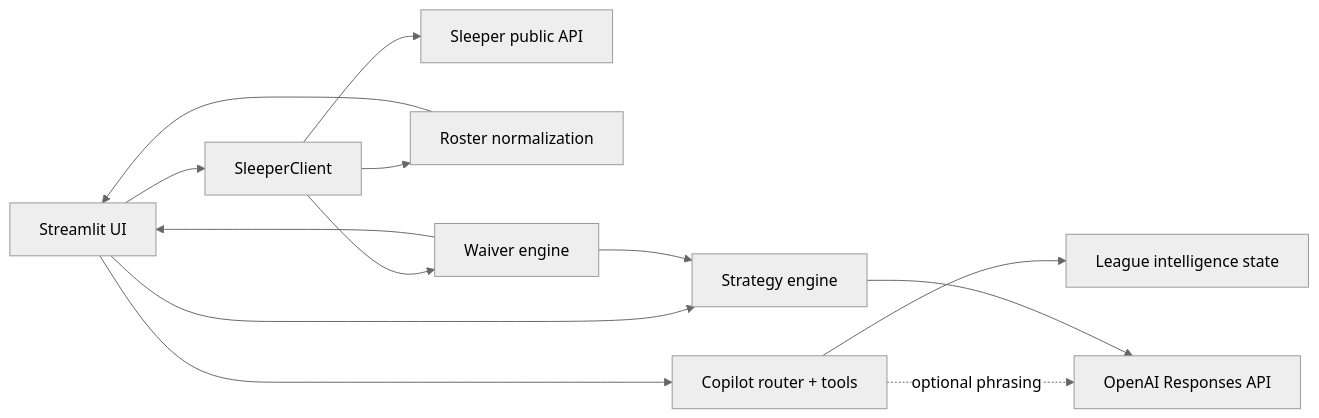
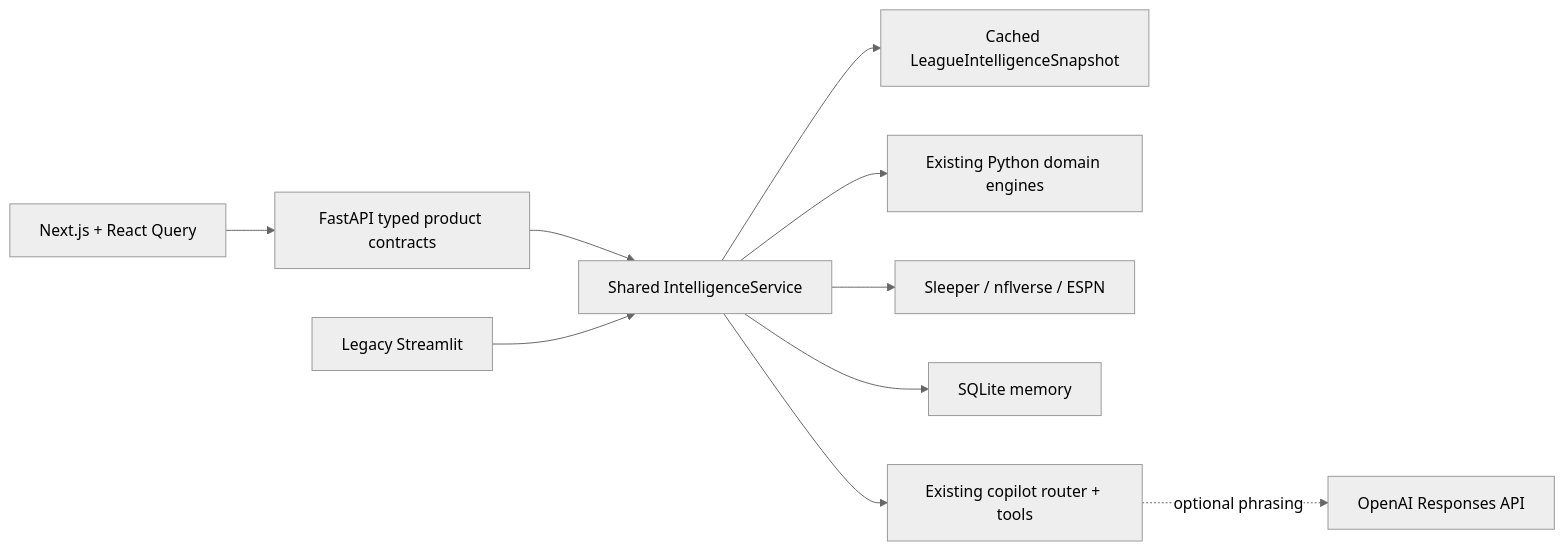
One commit to dylanlaewe/FanEdge changed the diagram in README.md. Above: the diagram before and after it, drawn with Mermaid (neutral theme). The commit also changed other lines of this file and 33 other files, not shown here.

Commit message:
feat: migrate FanEdge to Next.js and FastAPI

````diff
--- a/README.md
+++ b/README.md
@@ -26,15 +28,12 @@
 ```mermaid
 flowchart LR
-    U[Streamlit UI] --> S[SleeperClient]
-    U --> C[Copilot router + tools]
-    C --> M[League intelligence state]
+    U[Next.js + React Query] --> A[FastAPI typed product contracts]
+    A --> S[Shared IntelligenceService]
+    L[Legacy Streamlit] --> S
+    S --> M[Cached LeagueIntelligenceSnapshot]
+    S --> D[Existing Python domain engines]
+    S --> P[Sleeper / nflverse / ESPN]
+    S --> DB[SQLite memory]
+    S --> C[Existing copilot router + tools]
     C -. optional phrasing .-> O[OpenAI Responses API]
-    S --> A[Sleeper public API]
-    U --> E[Strategy engine]
-    E --> O[OpenAI Responses API]
-    S --> N[Roster normalization]
-    N --> U
-    S --> W[Waiver engine]
-    W --> U
-    W --> E
 ```
````
